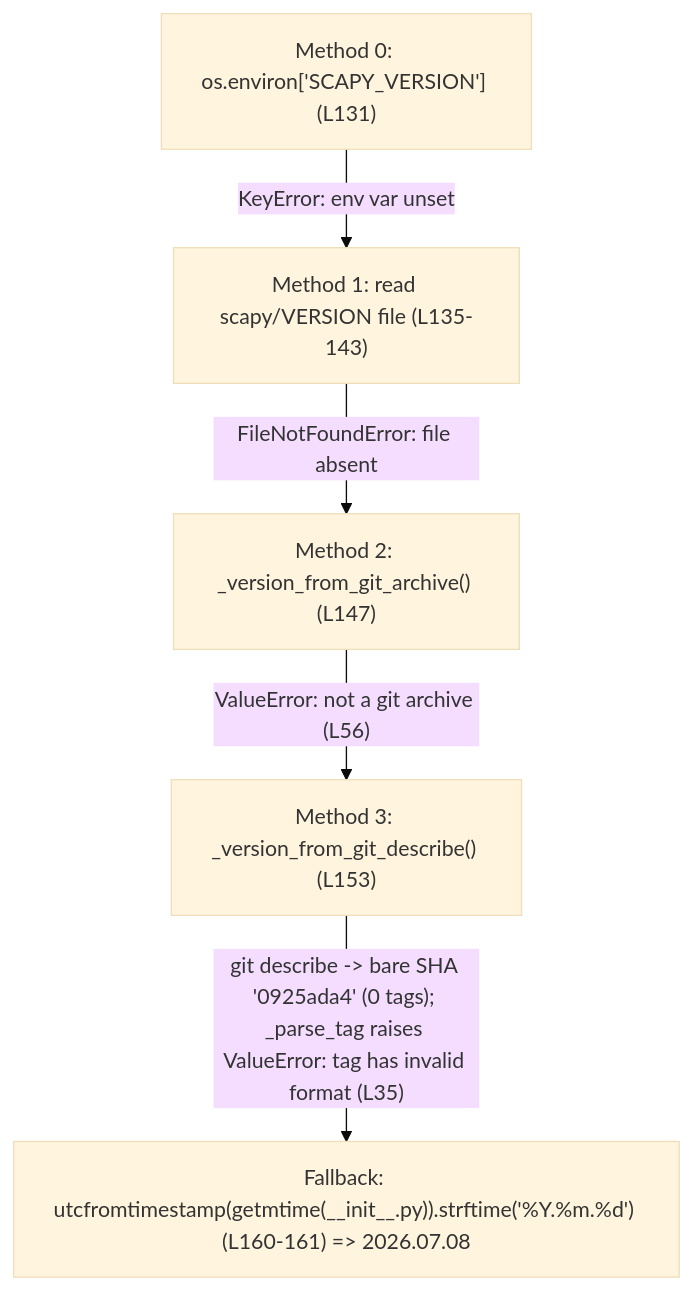
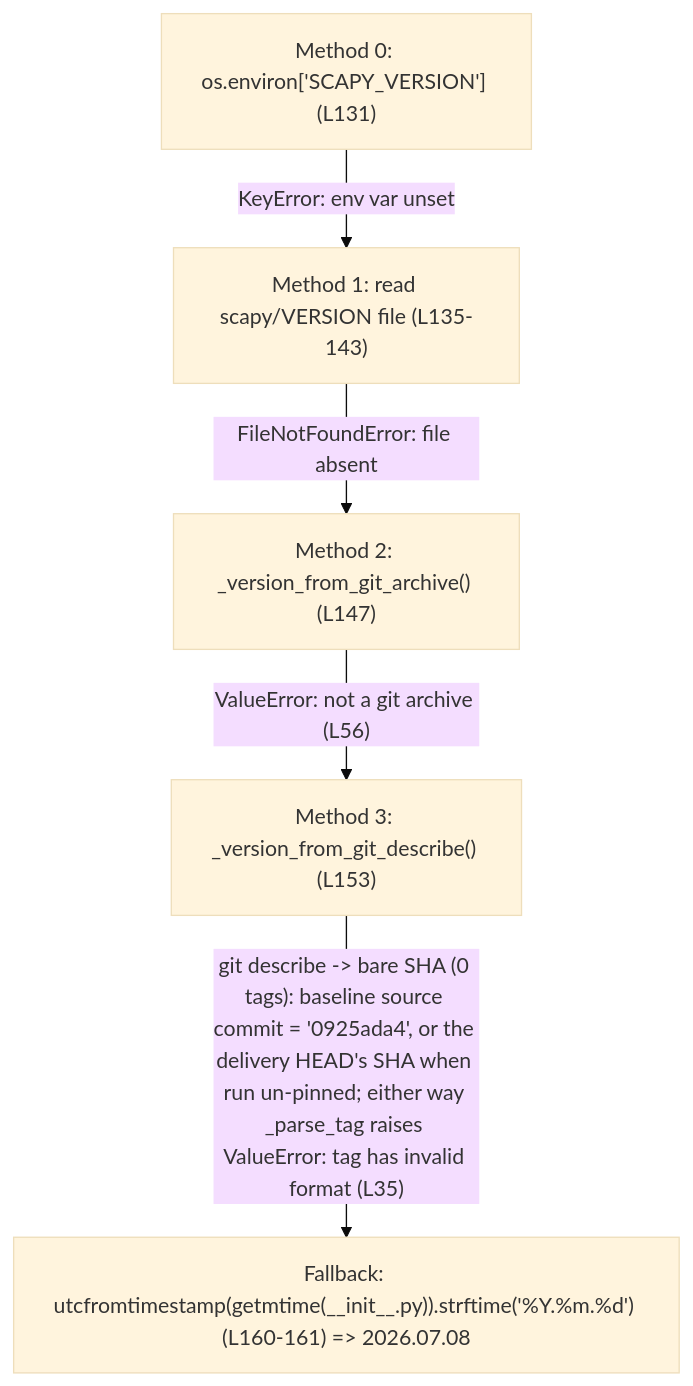
The first of 2 diagrams in blitzy/documentation/scapy_0925ada48540.md (blitzy-research/scapy), drawn with Mermaid (base theme) before and after one commit. The commit also changed other lines of this file, not shown here.

````diff
--- a/blitzy/documentation/scapy_0925ada48540.md
+++ b/blitzy/documentation/scapy_0925ada48540.md
@@ -162,8 +217,8 @@
 ```mermaid
 flowchart TD
     M0["Method 0: os.environ['SCAPY_VERSION'] (L131)"] -->|"KeyError: env var unset"| M1
     M1["Method 1: read scapy/VERSION file (L135-143)"] -->|"FileNotFoundError: file absent"| M2
     M2["Method 2: _version_from_git_archive() (L147)"] -->|"ValueError: not a git archive (L56)"| M3
-    M3["Method 3: _version_from_git_describe() (L153)"] -->|"git describe -> bare SHA '0925ada4' (0 tags); _parse_tag raises ValueError: tag has invalid format (L35)"| FB
+    M3["Method 3: _version_from_git_describe() (L153)"] -->|"git describe -> bare SHA (0 tags): baseline source commit = '0925ada4', or the delivery HEAD's SHA when run un-pinned; either way _parse_tag raises ValueError: tag has invalid format (L35)"| FB
     FB["Fallback: utcfromtimestamp(getmtime(__init__.py)).strftime('%Y.%m.%d') (L160-161) => 2026.07.08"]
 ```
````
